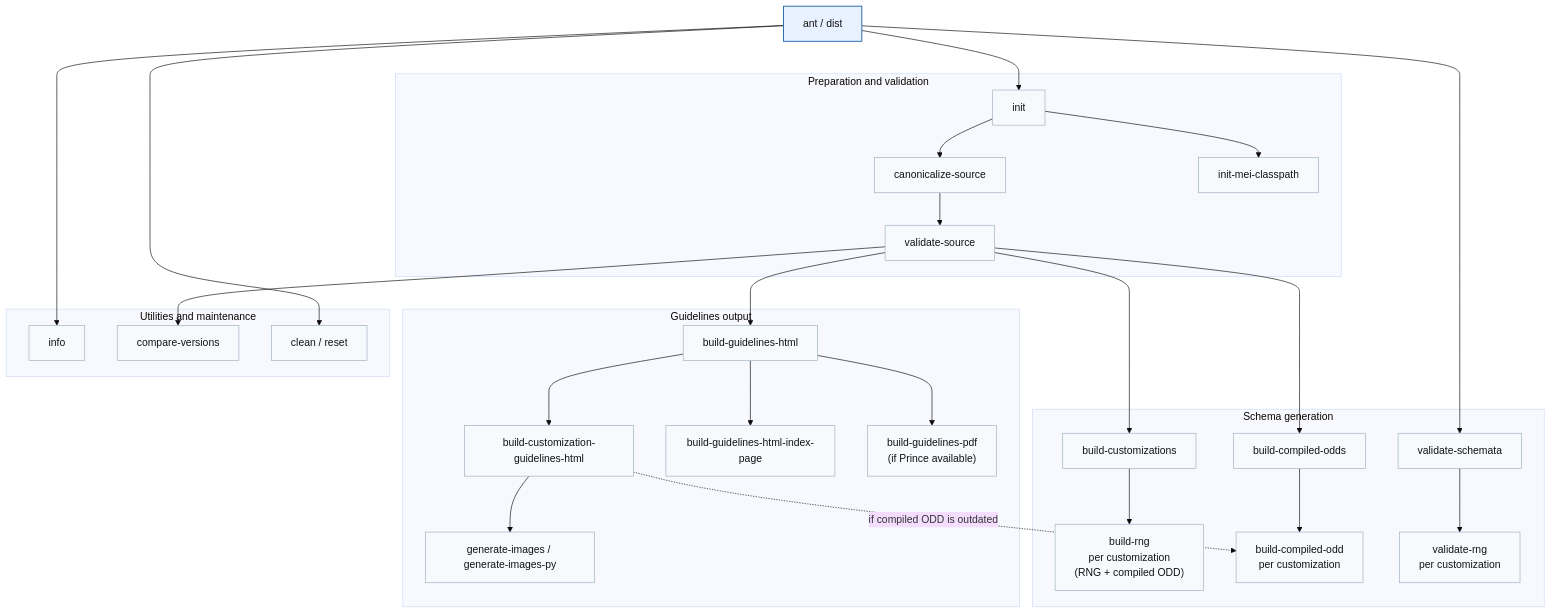
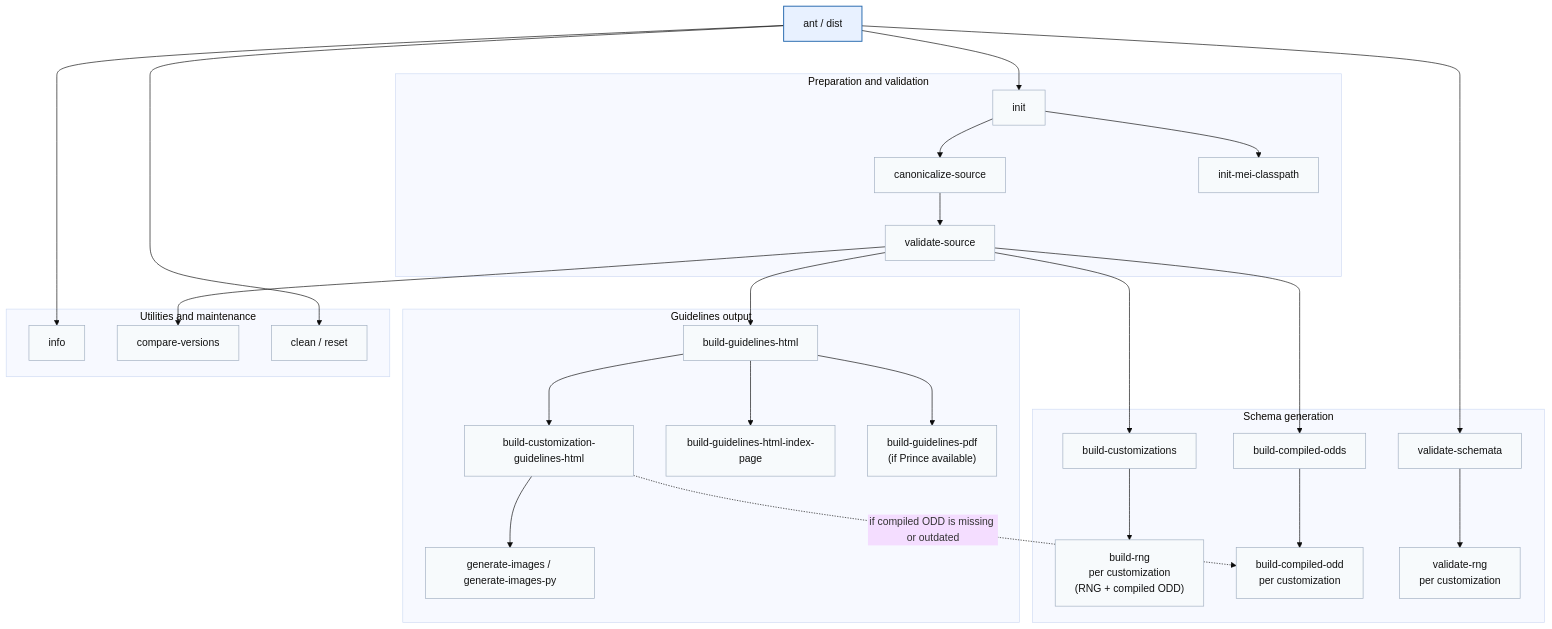
One commit to music-encoding/music-encoding changed the diagram in BUILD_COMMANDLINE.md. Above: the diagram before and after it, drawn with Mermaid (base theme). The commit also changed 1 other file, not shown here.

Commit message:
build: share TEI ODD call between compiled-ODD and RNG builds
build-compiled-odd and build-rng both expand the customization with TEI's
oddexpand. Move the shared call into a macrodef so that both
get the same input. Drop the unused summaryDoc and suppressTEIexamples
params and the duplicate verbose param of build-rng. Overwrite an existing
compiled ODD when build-rng moves the processed ODD into place.

RNG builds now pass verbose to the TEI Stylesheets only with `ant -v`.

````diff
--- a/BUILD_COMMANDLINE.md
+++ b/BUILD_COMMANDLINE.md
@@ -146,62 +146,62 @@
 ```mermaid
 flowchart TD
     DIST["ant / dist"]:::primary
 
     subgraph PREP["Preparation and validation"]
         CANON["canonicalize-source"]
         VALID["validate-source"]
         INIT["init"]
         CLP["init-mei-classpath"]
     end
 
     subgraph SCHEMA["Schema generation"]
         RNGS["build-customizations"]
         ODDS["build-compiled-odds"]
         RNG_CUS["build-rng\nper customization\n(RNG + compiled ODD)"]
         ODD_CUS["build-compiled-odd\nper customization"]
         VALID_SCH["validate-schemata"]
         VALID_CUS["validate-rng\nper customization"]
     end
 
     subgraph DOCS["Guidelines output"]
         HTML["build-guidelines-html"]
         HTML_CUS["build-customization-guidelines-html"]
         IDX["build-guidelines-html-index-page"]
         PDF["build-guidelines-pdf\n(if Prince available)"]
         IMG["generate-images / generate-images-py"]
     end
 
     subgraph UTIL["Utilities and maintenance"]
         INFO["info"]
         COMP["compare-versions"]
         CLEAN["clean / reset"]
     end
 
     DIST --> INIT
     INIT --> CLP
     INIT --> CANON
     CANON --> VALID
 
     VALID --> RNGS
     VALID --> ODDS
     VALID --> HTML
     VALID --> COMP
 
     RNGS --> RNG_CUS
     DIST --> VALID_SCH
     VALID_SCH --> VALID_CUS
     ODDS --> ODD_CUS
     HTML --> HTML_CUS
-    HTML_CUS -. "if compiled ODD is outdated" .-> ODD_CUS
+    HTML_CUS -. "if compiled ODD is missing or outdated" .-> ODD_CUS
     HTML_CUS --> IMG
     HTML --> IDX
     HTML --> PDF
 
     DIST --> INFO
     DIST --> CLEAN
 
     classDef primary fill:#e8f1ff,stroke:#2b6cb0,stroke-width:1.5px,color:#111;
     classDef default fill:#f7fafc,stroke:#a0aec0,stroke-width:1px,color:#111;
     class DIST primary;
     class CANON,VALID,INIT,CLP,RNGS,ODDS,RNG_CUS,ODD_CUS,VALID_SCH,VALID_CUS,HTML,HTML_CUS,IDX,PDF,IMG,INFO,COMP,CLEAN default;
 ```
````
